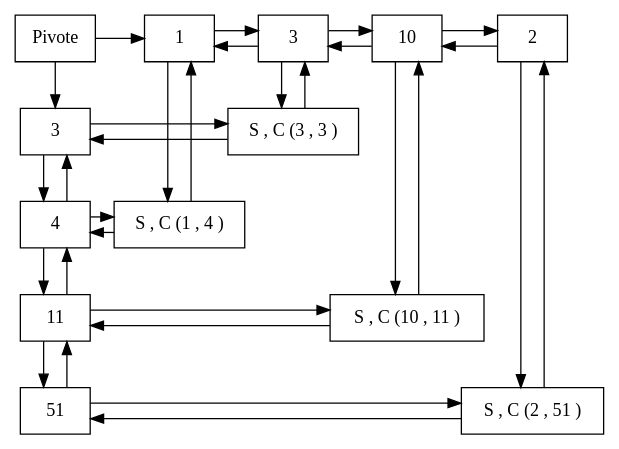
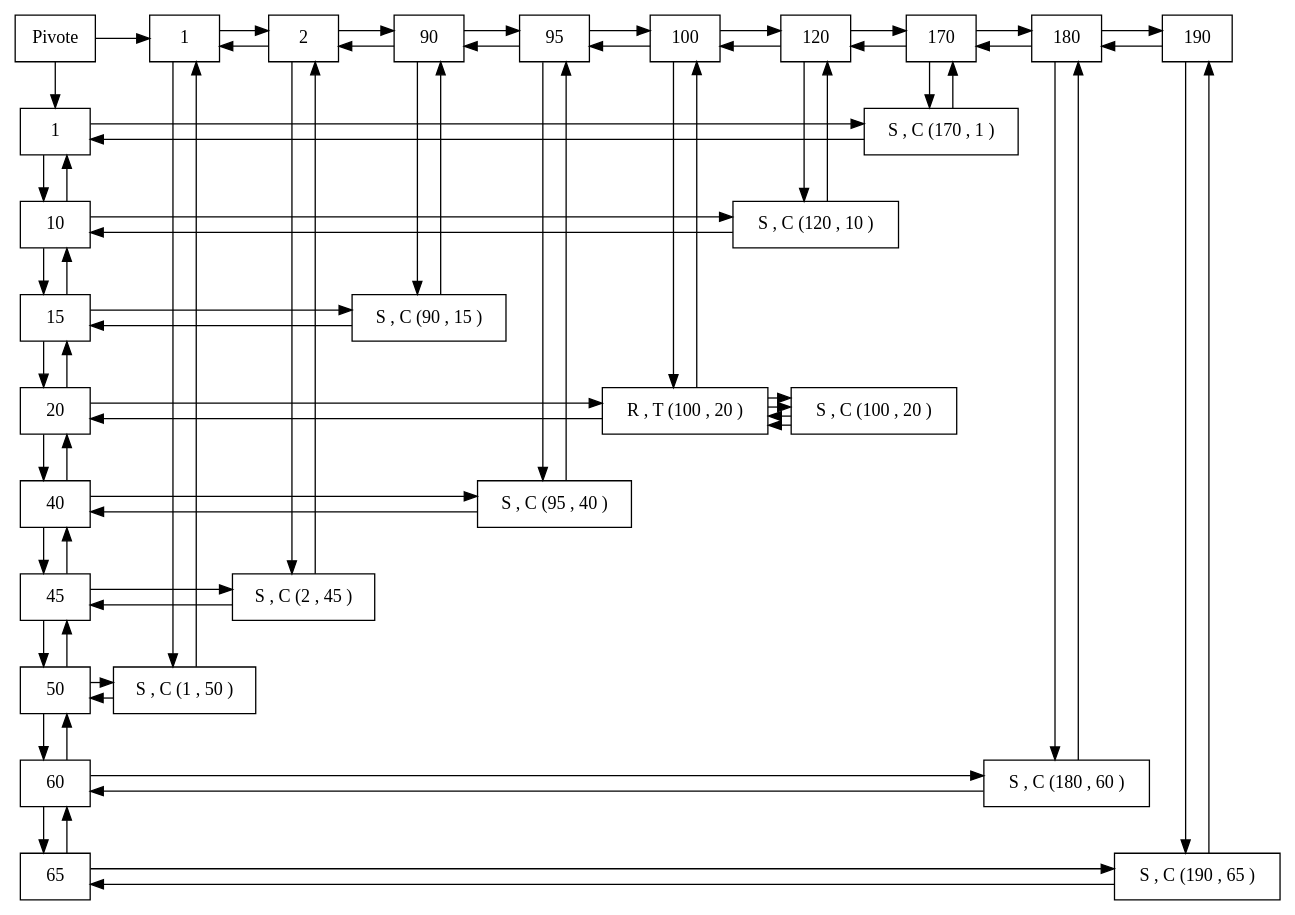
One commit to jorgeisa/Proyecto1_EDD_201807316 changed the diagram in build-EDD_Project1_2S2020-Desktop_Qt_5_15_0_MinGW_64_bit-Debug/salida.dot. Above: the diagram before and after it, drawn with Graphviz. The commit also changed 3 other files, not shown here.

```diff
--- a/build-EDD_Project1_2S2020-Desktop_Qt_5_15_0_MinGW_64_bit-Debug/salida.dot
+++ b/build-EDD_Project1_2S2020-Desktop_Qt_5_15_0_MinGW_64_bit-Debug/salida.dot
@@ -1,52 +1,117 @@
 digraph G {
 node[shape="box"];
 graph[splines="ortho"];
 nodoo[label="Pivote";group=0];
-node0xd92510[label="3" , group=0];
-node0xef1e50[label="4" , group=0];
-node0xd92570[label="11" , group=0];
-node0xd925d0[label="51" , group=0];
-node0xef1e80[label="1" , group=1];
-node0xd92540[label="3" , group=2];
-node0xd925a0[label="10" , group=3];
-node0xd92600[label="2" , group=4];
-node0xd92510->node0xef1e50;
-node0xef1e50->node0xd92510;
-node0xef1e50->node0xd92570;
-node0xd92570->node0xef1e50;
-node0xd92570->node0xd925d0;
-node0xd925d0->node0xd92570;
-node0xef1e80->node0xd92540;
-node0xd92540->node0xef1e80;
-node0xd92540->node0xd925a0;
-node0xd925a0->node0xd92540;
-node0xd925a0->node0xd92600;
-node0xd92600->node0xd925a0;
-node0xef1cd0[label="S , C (1 , 4 )" , group=1];
-node0xef1d50[label="S , C (3 , 3 )" , group=2];
-node0xef1dd0[label="S , C (10 , 11 )" , group=3];
-node0xd92490[label="S , C (2 , 51 )" , group=4];
-node0xef1e80->node0xef1cd0;
-node0xef1cd0->node0xef1e80;
-node0xd92540->node0xef1d50;
-node0xef1d50->node0xd92540;
-node0xd925a0->node0xef1dd0;
-node0xef1dd0->node0xd925a0;
-node0xd92600->node0xd92490;
-node0xd92490->node0xd92600;
-node0xd92510->node0xef1d50;
-node0xef1d50->node0xd92510;
-node0xef1e50->node0xef1cd0;
-node0xef1cd0->node0xef1e50;
-node0xd92570->node0xef1dd0;
-node0xef1dd0->node0xd92570;
-node0xd925d0->node0xd92490;
-node0xd92490->node0xd925d0;
-{rank="same";nodoo;node0xef1e80;node0xd92540;node0xd925a0;node0xd92600;};
-nodoo->node0xef1e80
-nodoo->node0xd92510
-{rank="same";node0xd92510;node0xef1d50;};
-{rank="same";node0xef1e50;node0xef1cd0;};
-{rank="same";node0xd92570;node0xef1dd0;};
-{rank="same";node0xd925d0;node0xd92490;};
+node0x25a2b20[label="1" , group=0];
+node0x25a2940[label="10" , group=0];
+node0x25a29a0[label="15" , group=0];
+node0xde1e80[label="20" , group=0];
+node0x25a2a00[label="40" , group=0];
+node0x25a2a60[label="45" , group=0];
+node0x25a2ac0[label="50" , group=0];
+node0x25a2b80[label="60" , group=0];
+node0x25a2e70[label="65" , group=0];
+node0x25a2af0[label="1" , group=1];
+node0x25a2a90[label="2" , group=2];
+node0x25a29d0[label="90" , group=3];
+node0x25a2a30[label="95" , group=4];
+node0x25a2910[label="100" , group=5];
+node0x25a2970[label="120" , group=6];
+node0x25a2b50[label="170" , group=7];
+node0x25a2bb0[label="180" , group=8];
+node0x25a2e10[label="190" , group=9];
+node0x25a2b20->node0x25a2940;
+node0x25a2940->node0x25a2b20;
+node0x25a2940->node0x25a29a0;
+node0x25a29a0->node0x25a2940;
+node0x25a29a0->node0xde1e80;
+node0xde1e80->node0x25a29a0;
+node0xde1e80->node0x25a2a00;
+node0x25a2a00->node0xde1e80;
+node0x25a2a00->node0x25a2a60;
+node0x25a2a60->node0x25a2a00;
+node0x25a2a60->node0x25a2ac0;
+node0x25a2ac0->node0x25a2a60;
+node0x25a2ac0->node0x25a2b80;
+node0x25a2b80->node0x25a2ac0;
+node0x25a2b80->node0x25a2e70;
+node0x25a2e70->node0x25a2b80;
+node0x25a2af0->node0x25a2a90;
+node0x25a2a90->node0x25a2af0;
+node0x25a2a90->node0x25a29d0;
+node0x25a29d0->node0x25a2a90;
+node0x25a29d0->node0x25a2a30;
+node0x25a2a30->node0x25a29d0;
+node0x25a2a30->node0x25a2910;
+node0x25a2910->node0x25a2a30;
+node0x25a2910->node0x25a2970;
+node0x25a2970->node0x25a2910;
+node0x25a2970->node0x25a2b50;
+node0x25a2b50->node0x25a2970;
+node0x25a2b50->node0x25a2bb0;
+node0x25a2bb0->node0x25a2b50;
+node0x25a2bb0->node0x25a2e10;
+node0x25a2e10->node0x25a2bb0;
+node0x25a2710[label="S , C (1 , 50 )" , group=1];
+node0x25a2690[label="S , C (2 , 45 )" , group=2];
+node0x25a2590[label="S , C (90 , 15 )" , group=3];
+node0x25a2610[label="S , C (95 , 40 )" , group=4];
+node0x25a2490[label="R , T (100 , 20 )" , group=5];
+node0xde1e00[label="S , C (100 , 20 )" , group=5];
+node0x25a2510[label="S , C (120 , 10 )" , group=6];
+node0x25a2790[label="S , C (170 , 1 )" , group=7];
+node0x25a2810[label="S , C (180 , 60 )" , group=8];
+node0x25a2890[label="S , C (190 , 65 )" , group=9];
+node0x25a2af0->node0x25a2710;
+node0x25a2710->node0x25a2af0;
+node0x25a2a90->node0x25a2690;
+node0x25a2690->node0x25a2a90;
+node0x25a29d0->node0x25a2590;
+node0x25a2590->node0x25a29d0;
+node0x25a2a30->node0x25a2610;
+node0x25a2610->node0x25a2a30;
+node0x25a2910->node0x25a2490;
+node0x25a2490->node0x25a2910;
+node0x25a2490->node0xde1e00;
+node0xde1e00->node0x25a2490;
+node0x25a2970->node0x25a2510;
+node0x25a2510->node0x25a2970;
+node0x25a2b50->node0x25a2790;
+node0x25a2790->node0x25a2b50;
+node0x25a2bb0->node0x25a2810;
+node0x25a2810->node0x25a2bb0;
+node0x25a2e10->node0x25a2890;
+node0x25a2890->node0x25a2e10;
+node0x25a2b20->node0x25a2790;
+node0x25a2790->node0x25a2b20;
+node0x25a2940->node0x25a2510;
+node0x25a2510->node0x25a2940;
+node0x25a29a0->node0x25a2590;
+node0x25a2590->node0x25a29a0;
+node0xde1e80->node0x25a2490;
+node0x25a2490->node0xde1e80;
+node0x25a2490->node0xde1e00;
+node0xde1e00->node0x25a2490;
+node0x25a2a00->node0x25a2610;
+node0x25a2610->node0x25a2a00;
+node0x25a2a60->node0x25a2690;
+node0x25a2690->node0x25a2a60;
+node0x25a2ac0->node0x25a2710;
+node0x25a2710->node0x25a2ac0;
+node0x25a2b80->node0x25a2810;
+node0x25a2810->node0x25a2b80;
+node0x25a2e70->node0x25a2890;
+node0x25a2890->node0x25a2e70;
+{rank="same";nodoo;node0x25a2af0;node0x25a2a90;node0x25a29d0;node0x25a2a30;node0x25a2910;node0x25a2970;node0x25a2b50;node0x25a2bb0;node0x25a2e10;};
+nodoo->node0x25a2af0
+nodoo->node0x25a2b20
+{rank="same";node0x25a2b20;node0x25a2790;};
+{rank="same";node0x25a2940;node0x25a2510;};
+{rank="same";node0x25a29a0;node0x25a2590;};
+{rank="same";node0xde1e80;node0x25a2490;node0xde1e00;};
+{rank="same";node0x25a2a00;node0x25a2610;};
+{rank="same";node0x25a2a60;node0x25a2690;};
+{rank="same";node0x25a2ac0;node0x25a2710;};
+{rank="same";node0x25a2b80;node0x25a2810;};
+{rank="same";node0x25a2e70;node0x25a2890;};
 }
```
